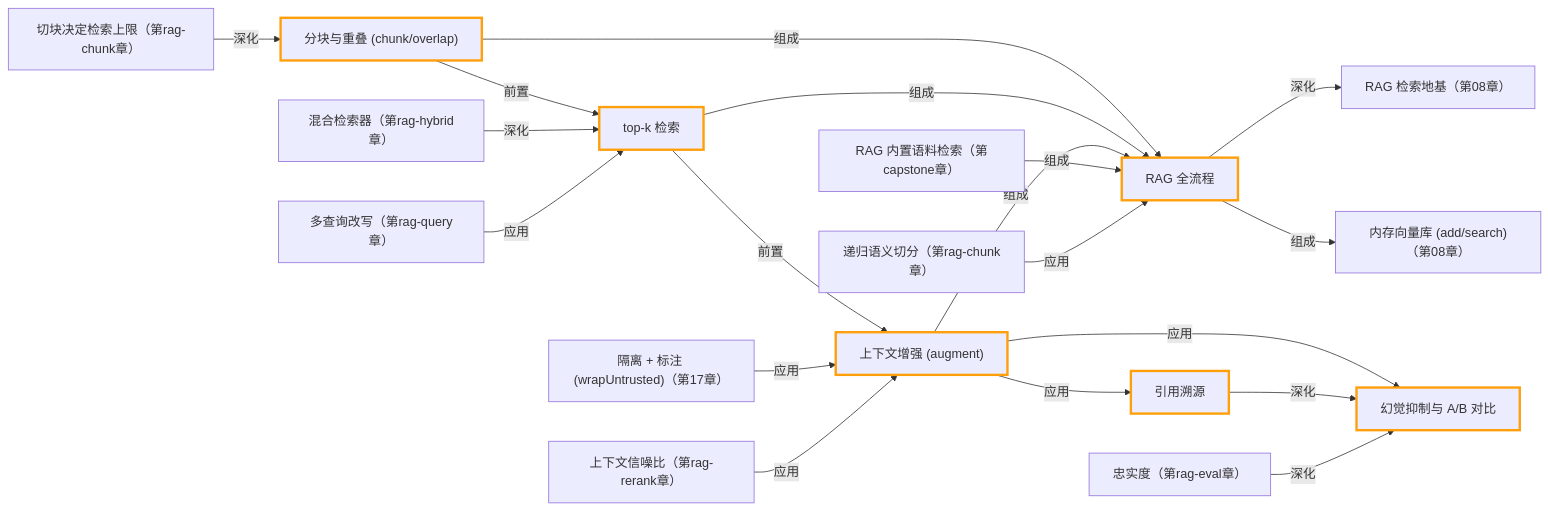
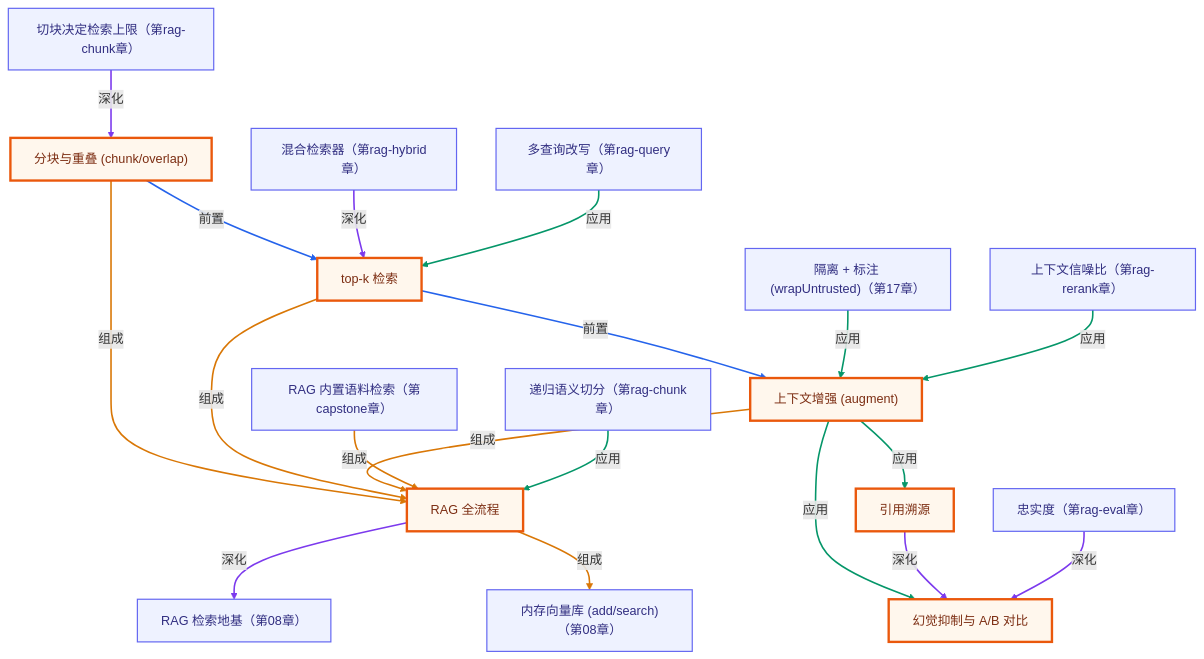
The second of 2 diagrams in lessons/09-rag-from-scratch/README.md (songuu/agent), drawn with Mermaid before and after one commit. The commit also changed other lines of this file and 72 other files, not shown here.

````diff
--- a/lessons/09-rag-from-scratch/README.md
+++ b/lessons/09-rag-from-scratch/README.md
@@ -211,43 +213,59 @@
 ```mermaid
-graph LR
+graph TB
+  classDef own fill:#fff7ed,stroke:#ea580c,stroke-width:3px,color:#7c2d12;
+  classDef cross fill:#eef2ff,stroke:#6366f1,stroke-width:1.5px,color:#312e81;
   n_c09_rag_pipeline["RAG 全流程"]
   n_c09_chunk_overlap["分块与重叠 (chunk/overlap)"]
   n_c09_topk_retrieval["top-k 检索"]
   n_c09_augment_prompt["上下文增强 (augment)"]
   n_c09_citation["引用溯源"]
   n_c09_hallucination_reduction["幻觉抑制与 A/B 对比"]
   n_c08_rag_foundation["RAG 检索地基（第08章）"]
   n_c08_vector_store["内存向量库 (add/search)（第08章）"]
   n_c17_isolate_and_label["隔离 + 标注 (wrapUntrusted)（第17章）"]
   n_ccapstone_rag_corpus["RAG 内置语料检索（第capstone章）"]
   n_cragchunk_why_matters["切块决定检索上限（第rag-chunk章）"]
   n_cragchunk_recursive["递归语义切分（第rag-chunk章）"]
   n_craghybrid_retriever["混合检索器（第rag-hybrid章）"]
   n_cragrerank_signal_to_noise["上下文信噪比（第rag-rerank章）"]
   n_cragquery_multi_query["多查询改写（第rag-query章）"]
   n_crageval_faithfulness["忠实度（第rag-eval章）"]
   n_c09_chunk_overlap -->|组成| n_c09_rag_pipeline
   n_c09_topk_retrieval -->|组成| n_c09_rag_pipeline
   n_c09_augment_prompt -->|组成| n_c09_rag_pipeline
   n_c09_chunk_overlap -->|前置| n_c09_topk_retrieval
   n_c09_topk_retrieval -->|前置| n_c09_augment_prompt
   n_c09_augment_prompt -->|应用| n_c09_citation
   n_c09_augment_prompt -->|应用| n_c09_hallucination_reduction
   n_c09_citation -->|深化| n_c09_hallucination_reduction
   n_c09_rag_pipeline -->|深化| n_c08_rag_foundation
   n_c09_rag_pipeline -->|组成| n_c08_vector_store
   n_c17_isolate_and_label -->|应用| n_c09_augment_prompt
   n_ccapstone_rag_corpus -->|组成| n_c09_rag_pipeline
   n_cragchunk_why_matters -->|深化| n_c09_chunk_overlap
   n_cragchunk_recursive -->|应用| n_c09_rag_pipeline
   n_craghybrid_retriever -->|深化| n_c09_topk_retrieval
   n_cragrerank_signal_to_noise -->|应用| n_c09_augment_prompt
   n_cragquery_multi_query -->|应用| n_c09_topk_retrieval
   n_crageval_faithfulness -->|深化| n_c09_hallucination_reduction
-  style n_c09_rag_pipeline stroke:#ff9f0a,stroke-width:3px
-  style n_c09_chunk_overlap stroke:#ff9f0a,stroke-width:3px
-  style n_c09_topk_retrieval stroke:#ff9f0a,stroke-width:3px
-  style n_c09_augment_prompt stroke:#ff9f0a,stroke-width:3px
-  style n_c09_citation stroke:#ff9f0a,stroke-width:3px
-  style n_c09_hallucination_reduction stroke:#ff9f0a,stroke-width:3px
+  class n_c09_rag_pipeline,n_c09_chunk_overlap,n_c09_topk_retrieval,n_c09_augment_prompt,n_c09_citation,n_c09_hallucination_reduction own;
+  class n_c08_rag_foundation,n_c08_vector_store,n_c17_isolate_and_label,n_ccapstone_rag_corpus,n_cragchunk_why_matters,n_cragchunk_recursive,n_craghybrid_retriever,n_cragrerank_signal_to_noise,n_cragquery_multi_query,n_crageval_faithfulness cross;
+  linkStyle 0 stroke:#d97706,stroke-width:2px;
+  linkStyle 1 stroke:#d97706,stroke-width:2px;
+  linkStyle 2 stroke:#d97706,stroke-width:2px;
+  linkStyle 3 stroke:#2563eb,stroke-width:2px;
+  linkStyle 4 stroke:#2563eb,stroke-width:2px;
+  linkStyle 5 stroke:#059669,stroke-width:2px;
+  linkStyle 6 stroke:#059669,stroke-width:2px;
+  linkStyle 7 stroke:#7c3aed,stroke-width:2px;
+  linkStyle 8 stroke:#7c3aed,stroke-width:2px;
+  linkStyle 9 stroke:#d97706,stroke-width:2px;
+  linkStyle 10 stroke:#059669,stroke-width:2px;
+  linkStyle 11 stroke:#d97706,stroke-width:2px;
+  linkStyle 12 stroke:#7c3aed,stroke-width:2px;
+  linkStyle 13 stroke:#059669,stroke-width:2px;
+  linkStyle 14 stroke:#7c3aed,stroke-width:2px;
+  linkStyle 15 stroke:#059669,stroke-width:2px;
+  linkStyle 16 stroke:#059669,stroke-width:2px;
+  linkStyle 17 stroke:#7c3aed,stroke-width:2px;
 ```
````
